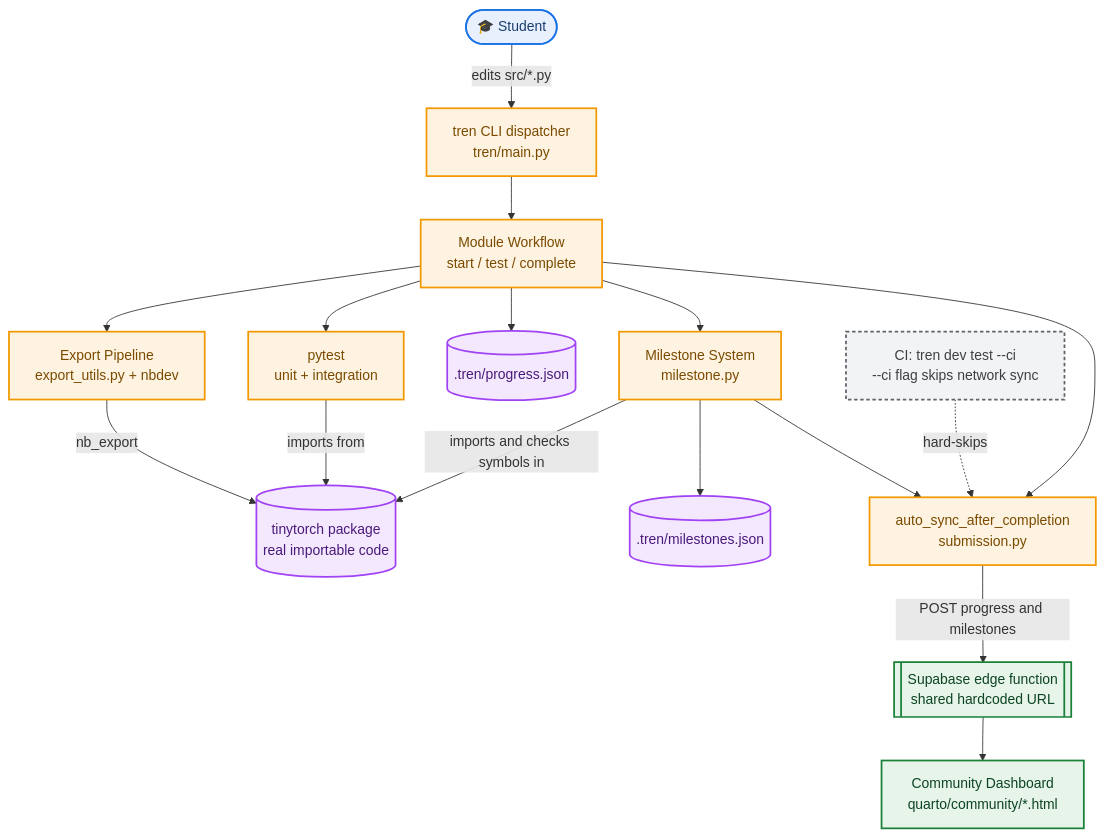
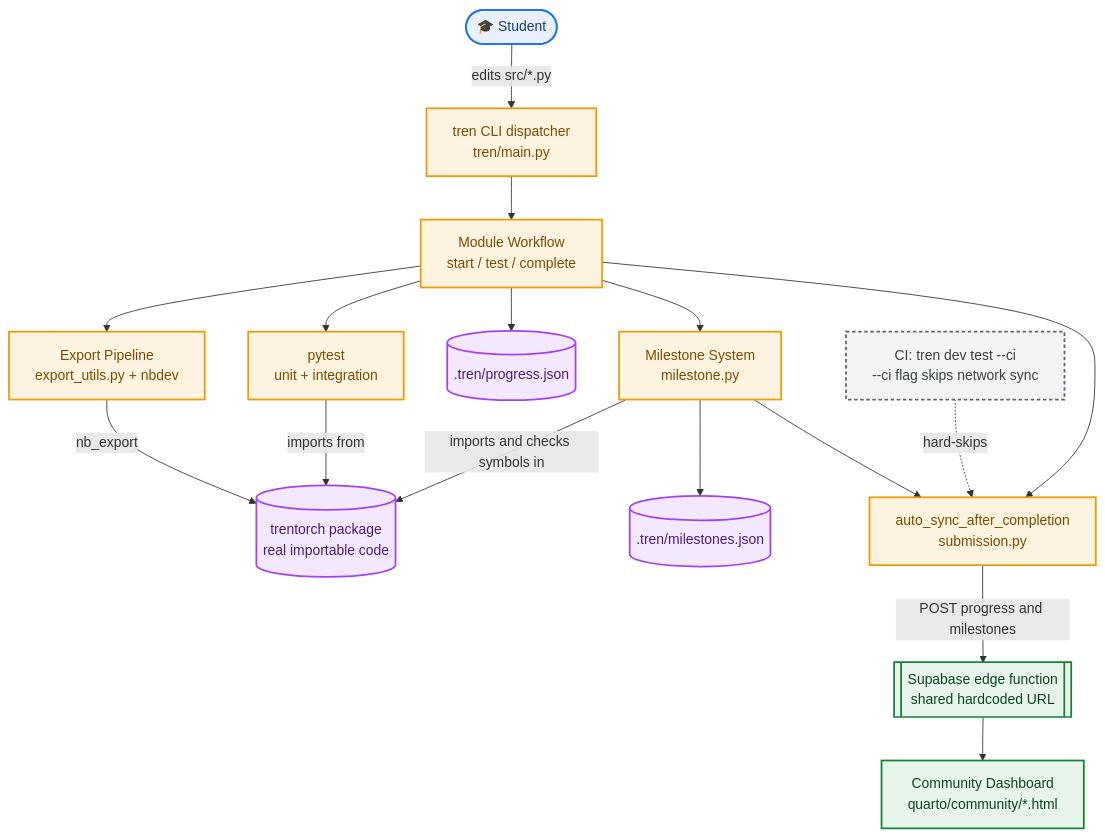
One commit to Shashank-Tripathi-07/TrenTorch changed the diagram in docs/system_design.md. Above: the diagram before and after it, drawn with Mermaid. The commit also changed other lines of this file and 244 other files, not shown here.

````diff
--- a/docs/system_design.md
+++ b/docs/system_design.md
@@ -25,44 +25,44 @@
 ```mermaid
 flowchart TD
     Student(["🎓 Student"])
     CLI["tren CLI dispatcher<br/>tren/main.py"]
     Workflow["Module Workflow<br/>start / test / complete"]
     Export["Export Pipeline<br/>export_utils.py + nbdev"]
-    Pkg[("tinytorch package<br/>real importable code")]
+    Pkg[("trentorch package<br/>real importable code")]
     Tests["pytest<br/>unit + integration"]
     Milestone["Milestone System<br/>milestone.py"]
     MFile[(".tren/milestones.json")]
     PFile[(".tren/progress.json")]
     Sync["auto_sync_after_completion<br/>submission.py"]
     Supabase[["Supabase edge function<br/>shared hardcoded URL"]]
     Dashboard["Community Dashboard<br/>quarto/community/*.html"]
     CI["CI: tren dev test --ci<br/>--ci flag skips network sync"]
 
     Student -->|edits src/*.py| CLI
     CLI --> Workflow
     Workflow --> Export
     Export -->|nb_export| Pkg
     Workflow --> Tests
     Tests -->|imports from| Pkg
     Workflow --> PFile
     Workflow --> Milestone
     Milestone -->|imports and checks symbols in| Pkg
     Milestone --> MFile
     Workflow --> Sync
     Milestone --> Sync
     Sync -->|POST progress and milestones| Supabase
     Supabase --> Dashboard
     CI -.->|hard-skips| Sync
 
     classDef client fill:#e8f0fe,stroke:#1a73e8,stroke-width:2px,color:#1a3c6e
     classDef core fill:#fef3e0,stroke:#f29900,stroke-width:2px,color:#7a4a00
     classDef storage fill:#f3e8fd,stroke:#a142f4,stroke-width:2px,color:#4a1a7a
     classDef external fill:#e6f4ea,stroke:#188038,stroke-width:2px,color:#0d4423
     classDef ci fill:#f1f3f4,stroke:#5f6368,stroke-width:2px,color:#3c4043,stroke-dasharray: 4 3
 
     class Student client
     class CLI,Workflow,Export,Tests,Milestone,Sync core
     class Pkg,MFile,PFile storage
     class Supabase,Dashboard external
     class CI ci
 ```
````
